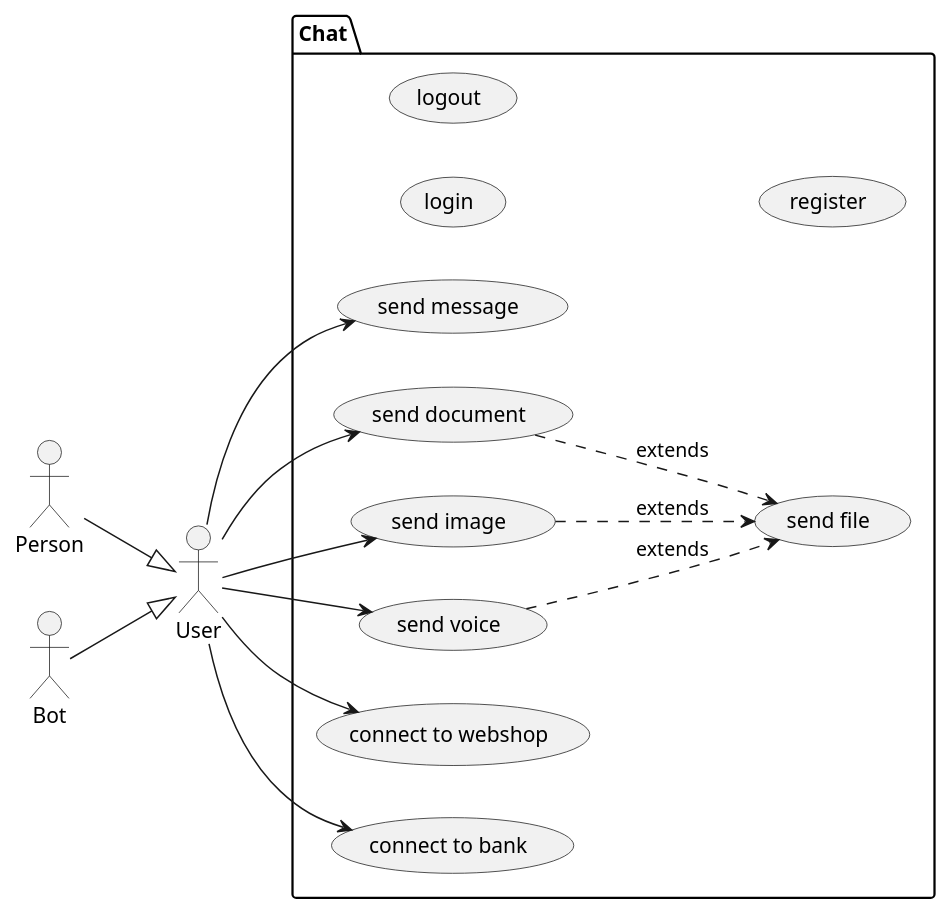
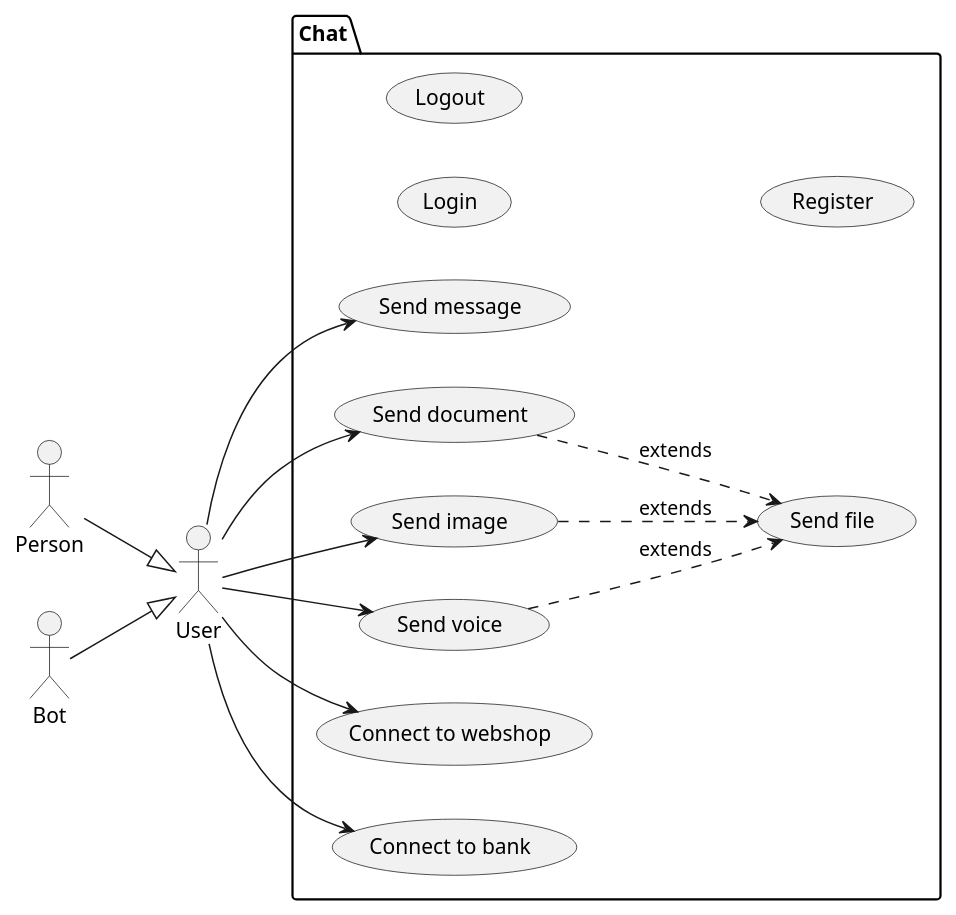
Before and after one commit to bbenno/oth-sw: the diagram in src/doc/uml-usecase.puml, drawn with PlantUML.

Commit message:
Change use cases
* use more describing names internally
* transform verbs: first letter in upper case

```diff
--- a/src/doc/uml-usecase.puml
+++ b/src/doc/uml-usecase.puml
@@ -1,37 +1,39 @@
 @startuml chat
 left to right direction
 
 ' actors
 actor "User" as u
 actor "Person" as p
 actor "Bot" as b
 
 ' actor hierarchy
 p -down-|> u
 b -down-|> u
 
 ' use cases
 package "Chat" {
-  usecase "login" as oUC1
-  usecase "logout" as oUC2
-  usecase "register" as oUC3
-  usecase "send message" as UC1
-  usecase "send file" as UC2
-  usecase "send document" as UC3
-  usecase "send image" as UC4
-  usecase "send voice" as UC5
-  usecase "connect to webshop" as UC6
-  usecase "connect to bank" as UC7
-  UC3 ..> UC2 : extends
-  UC4 ..> UC2 : extends
-  UC5 ..> UC2 : extends
+  usecase "Login" as oUC1
+  usecase "Logout" as oUC2
+  usecase "Register" as oUC3
+  ' Messaging use cases
+  usecase "Send message" as mUC1
+  usecase "Send file" as mUC2
+  usecase "Send document" as mUC3
+  usecase "Send image" as mUC4
+  usecase "Send voice" as mUC5
+  mUC3 ..> mUC2 : extends
+  mUC4 ..> mUC2 : extends
+  mUC5 ..> mUC2 : extends
+  ' Connecting use cases
+  usecase "Connect to webshop" as cUC1
+  usecase "Connect to bank" as cUC2
 }
 
 '  link actor User with use cases
-u --> UC1
-u --> UC3
-u --> UC4
-u --> UC5
-u --> UC6
-u --> UC7
+u --> mUC1
+u --> mUC3
+u --> mUC4
+u --> mUC5
+u --> cUC1
+u --> cUC2
 @enduml
```
